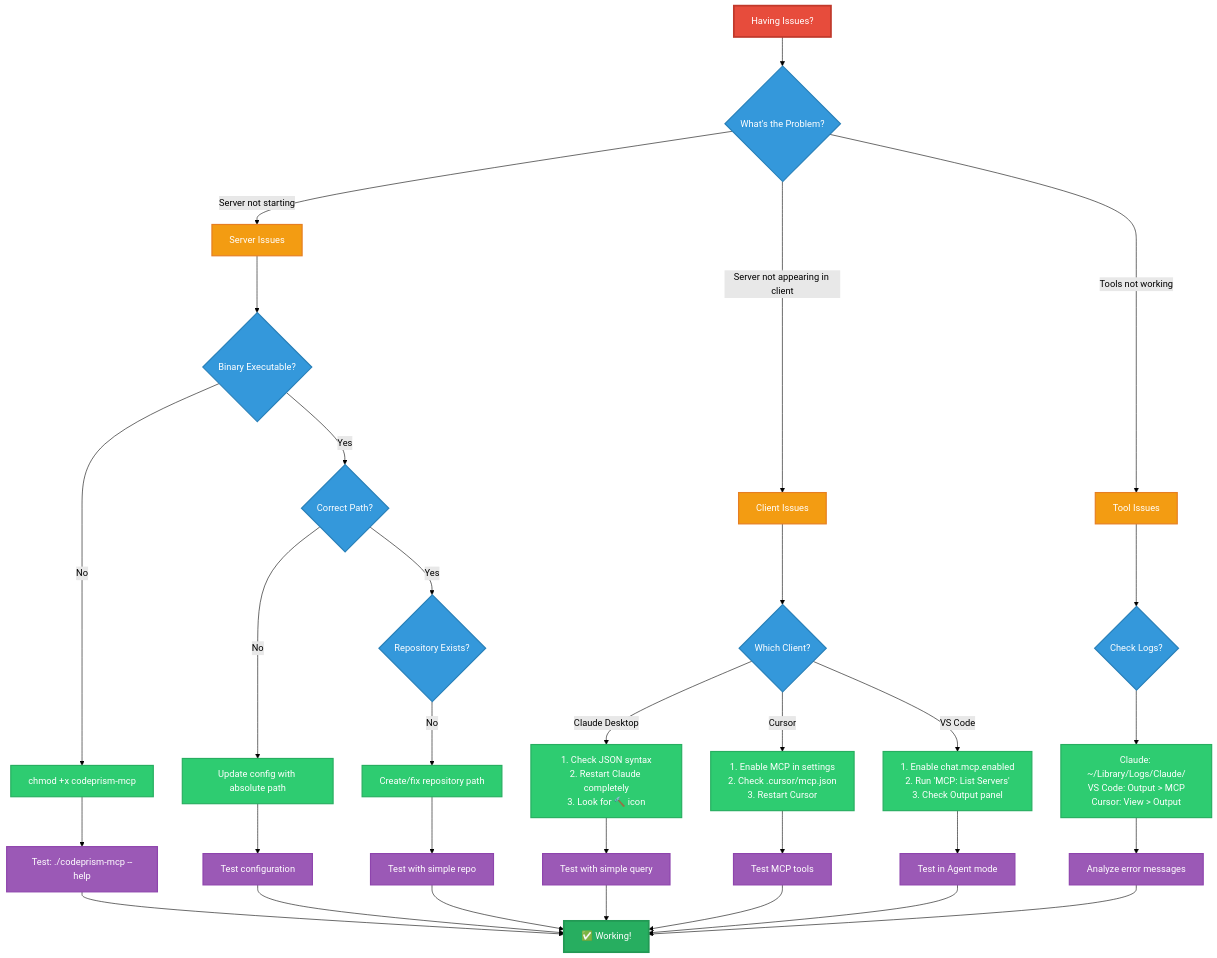
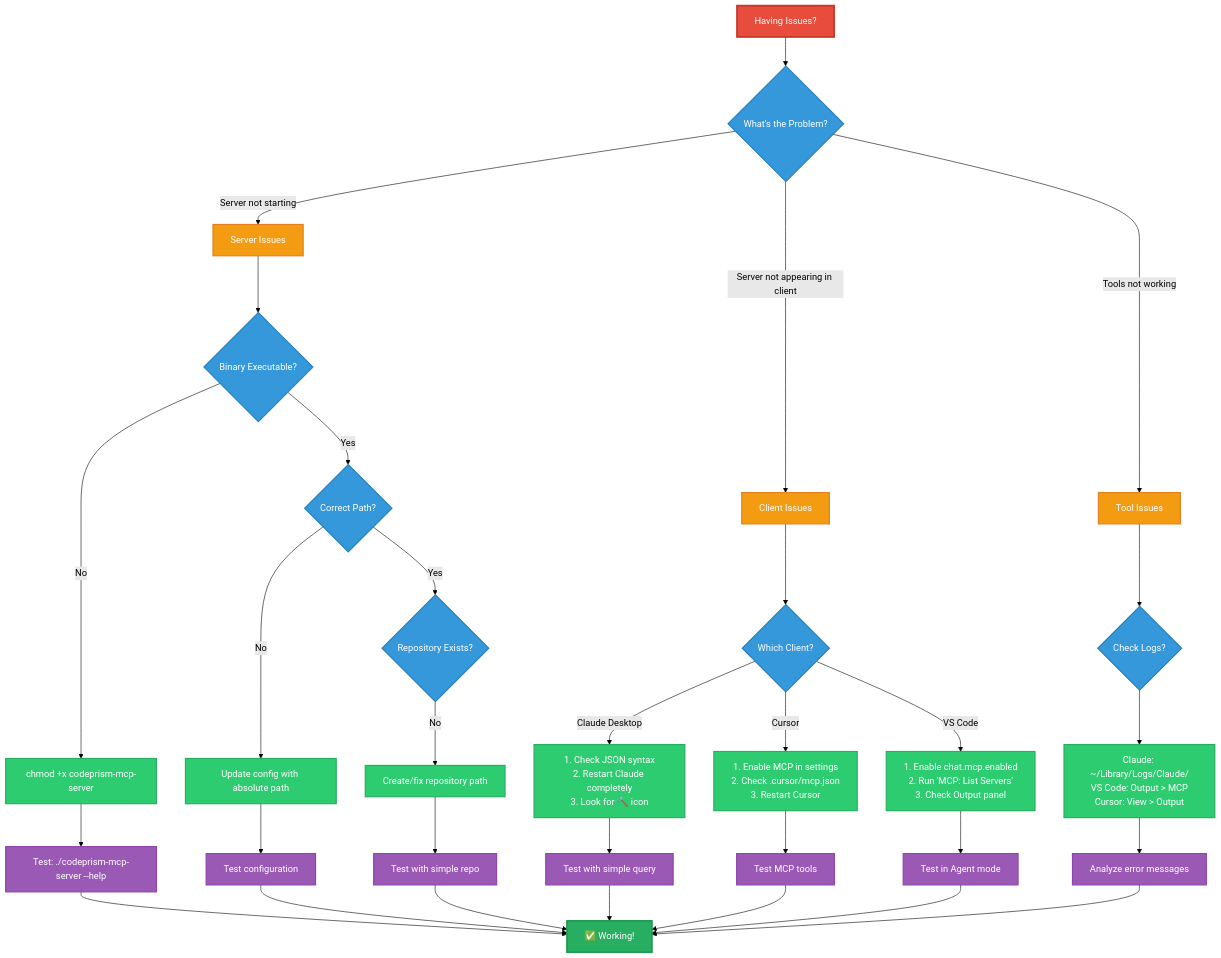
The second of 2 diagrams in codeprism-docs/docs/GETTING_STARTED.md (rustic-ai/codeprism), drawn with Mermaid (forest theme) before and after one commit. The commit also changed other lines of this file and 14 other files, not shown here.

````diff
--- a/codeprism-docs/docs/GETTING_STARTED.md
+++ b/codeprism-docs/docs/GETTING_STARTED.md
@@ -424,53 +445,53 @@
 ```mermaid
 graph TD
     Problem[Having Issues?] --> Type{What's the Problem?}
     
     Type -->|Server not starting| ServerIssue[Server Issues]
     Type -->|Server not appearing in client| ClientIssue[Client Issues]
     Type -->|Tools not working| ToolIssue[Tool Issues]
     
     ServerIssue --> CheckBinary{Binary Executable?}
-    CheckBinary -->|No| FixBinary[chmod +x codeprism-mcp]
+    CheckBinary -->|No| FixBinary[chmod +x codeprism-mcp-server]
     CheckBinary -->|Yes| CheckPath{Correct Path?}
     CheckPath -->|No| FixPath[Update config with absolute path]
     CheckPath -->|Yes| CheckRepo{Repository Exists?}
     CheckRepo -->|No| FixRepo[Create/fix repository path]
     
     ClientIssue --> WhichClient{Which Client?}
     WhichClient -->|Claude Desktop| ClaudeSteps[1. Check JSON syntax<br/>2. Restart Claude completely<br/>3. Look for 🔨 icon]
     WhichClient -->|Cursor| CursorSteps[1. Enable MCP in settings<br/>2. Check .cursor/mcp.json<br/>3. Restart Cursor]
     WhichClient -->|VS Code| VSCodeSteps[1. Enable chat.mcp.enabled<br/>2. Run 'MCP: List Servers'<br/>3. Check Output panel]
     
     ToolIssue --> CheckLogs{Check Logs?}
     CheckLogs --> LogLocation[Claude: ~/Library/Logs/Claude/<br/>VS Code: Output > MCP<br/>Cursor: View > Output]
     
-    FixBinary --> TestBinary[Test: ./codeprism-mcp --help]
+    FixBinary --> TestBinary[Test: ./codeprism-mcp-server --help]
     FixPath --> TestConfig[Test configuration]
     FixRepo --> TestRepo[Test with simple repo]
     ClaudeSteps --> ClaudeTest[Test with simple query]
     CursorSteps --> CursorTest[Test MCP tools]
     VSCodeSteps --> VSCodeTest[Test in Agent mode]
     LogLocation --> AnalyzeLogs[Analyze error messages]
     
     TestBinary --> Success[✅ Working!]
     TestConfig --> Success
     TestRepo --> Success
     ClaudeTest --> Success
     CursorTest --> Success
     VSCodeTest --> Success
     AnalyzeLogs --> Success
     
     classDef problemNode fill:#e74c3c,stroke:#c0392b,stroke-width:3px,color:#fff
     classDef decisionNode fill:#3498db,stroke:#2980b9,stroke-width:2px,color:#fff
     classDef issueNode fill:#f39c12,stroke:#e67e22,stroke-width:2px,color:#fff
     classDef solutionNode fill:#2ecc71,stroke:#27ae60,stroke-width:2px,color:#fff
     classDef testNode fill:#9b59b6,stroke:#8e44ad,stroke-width:2px,color:#fff
     classDef successNode fill:#27ae60,stroke:#229954,stroke-width:3px,color:#fff
     
     class Problem problemNode
     class Type,CheckBinary,CheckPath,CheckRepo,WhichClient,CheckLogs decisionNode
     class ServerIssue,ClientIssue,ToolIssue issueNode
     class FixBinary,FixPath,FixRepo,ClaudeSteps,CursorSteps,VSCodeSteps,LogLocation solutionNode
     class TestBinary,TestConfig,TestRepo,ClaudeTest,CursorTest,VSCodeTest,AnalyzeLogs testNode
     class Success successNode
 ```
````
